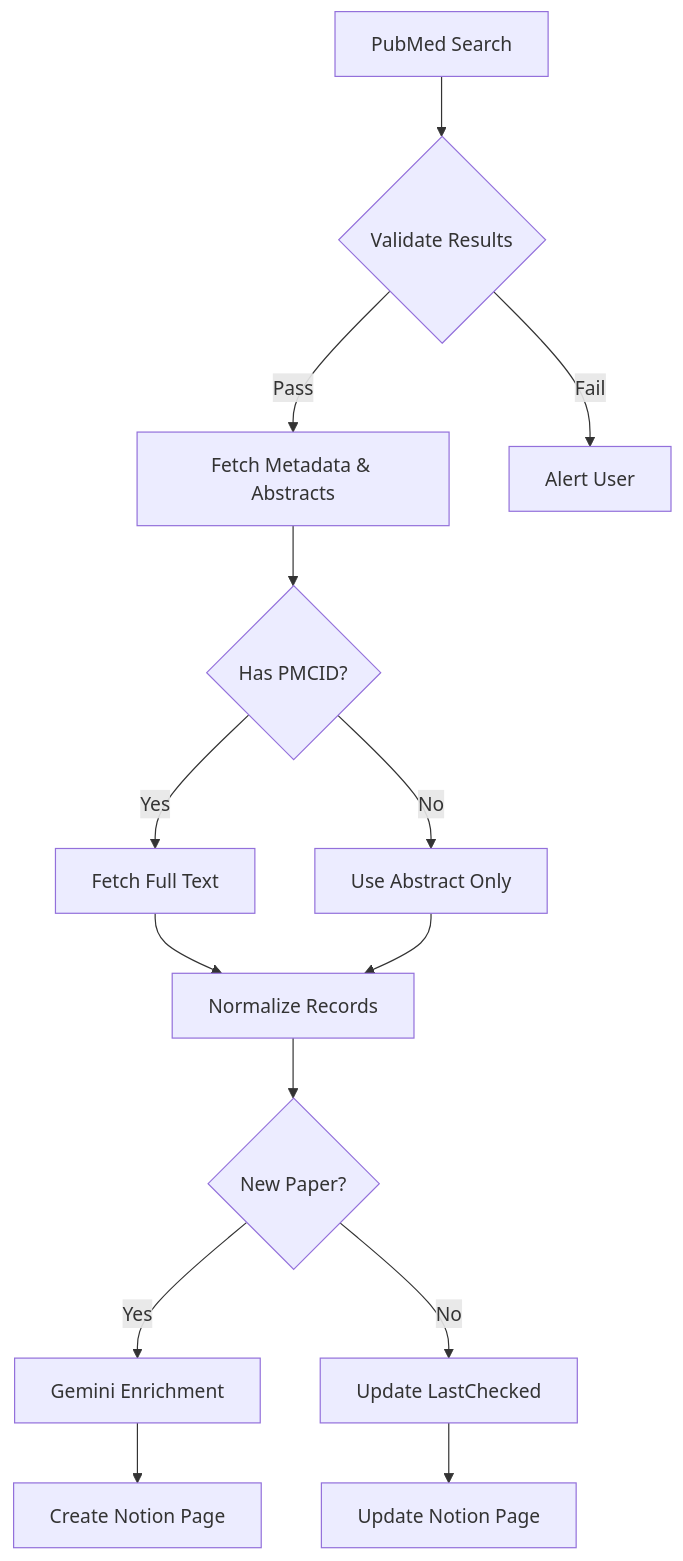
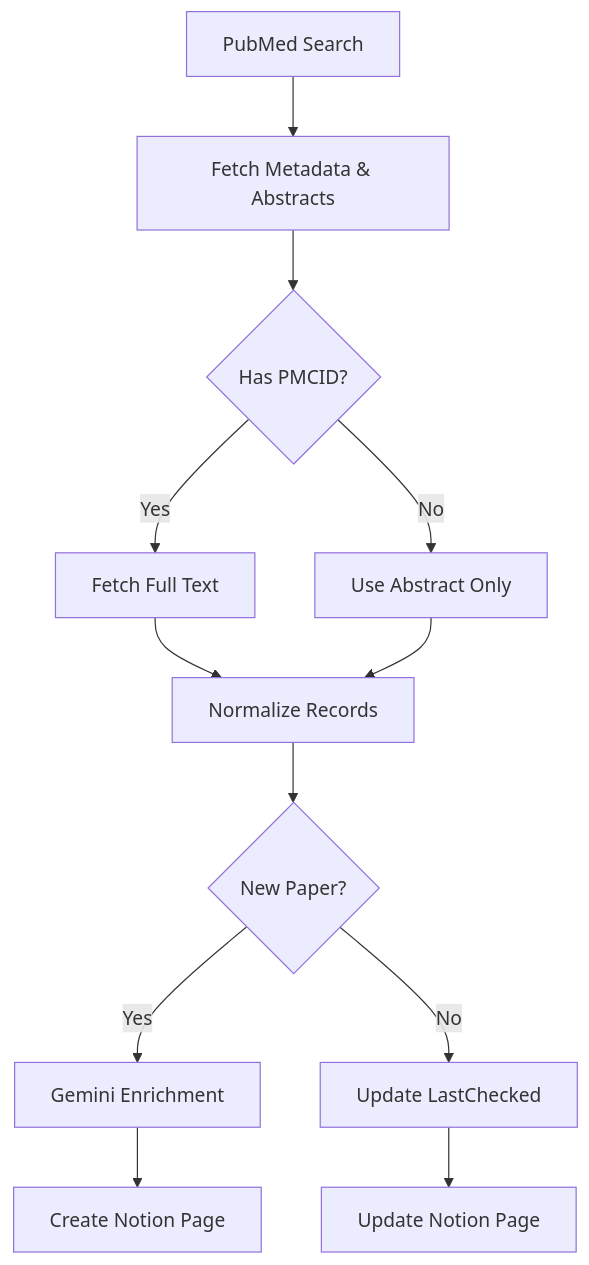
One commit to kunlin0814/LiteratureSearch changed the diagram in README.md. Above: the diagram before and after it, drawn with Mermaid.

````diff
--- a/README.md
+++ b/README.md
@@ -93,16 +93,14 @@
 ```mermaid
 graph TD
-    A[PubMed Search] --> B{Validate Results}
-    B -->|Pass| C[Fetch Metadata & Abstracts]
-    B -->|Fail| Z[Alert User]
-    C --> D{Has PMCID?}
-    D -->|Yes| E[Fetch Full Text]
-    D -->|No| F[Use Abstract Only]
-    E --> G[Normalize Records]
-    F --> G
-    G --> H{New Paper?}
-    H -->|Yes| I[Gemini Enrichment]
-    H -->|No| J[Update LastChecked]
-    I --> K[Create Notion Page]
-    J --> L[Update Notion Page]
+    A[PubMed Search] --> B[Fetch Metadata & Abstracts]
+    B --> C{Has PMCID?}
+    C -->|Yes| D[Fetch Full Text]
+    C -->|No| E[Use Abstract Only]
+    D --> F[Normalize Records]
+    E --> F
+    F --> G{New Paper?}
+    G -->|Yes| H[Gemini Enrichment]
+    G -->|No| I[Update LastChecked]
+    H --> J[Create Notion Page]
+    I --> K[Update Notion Page]
 ```
````
